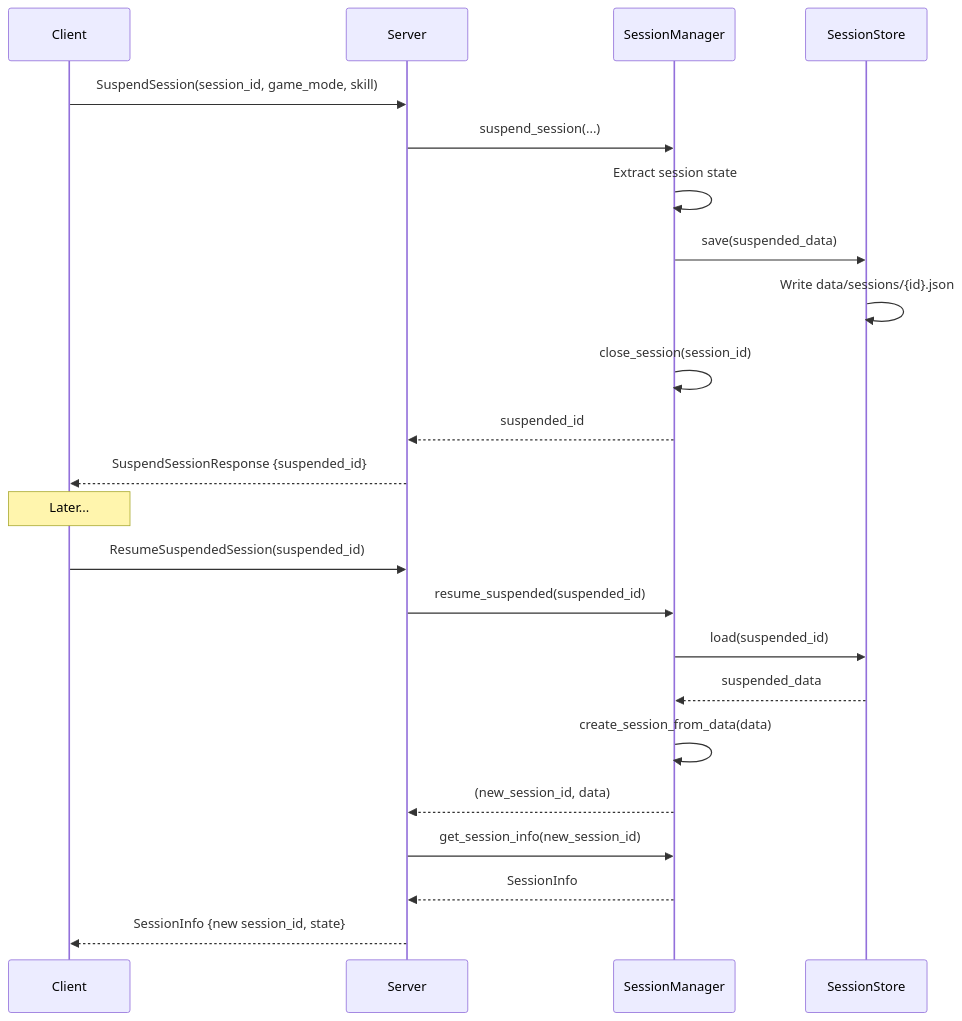
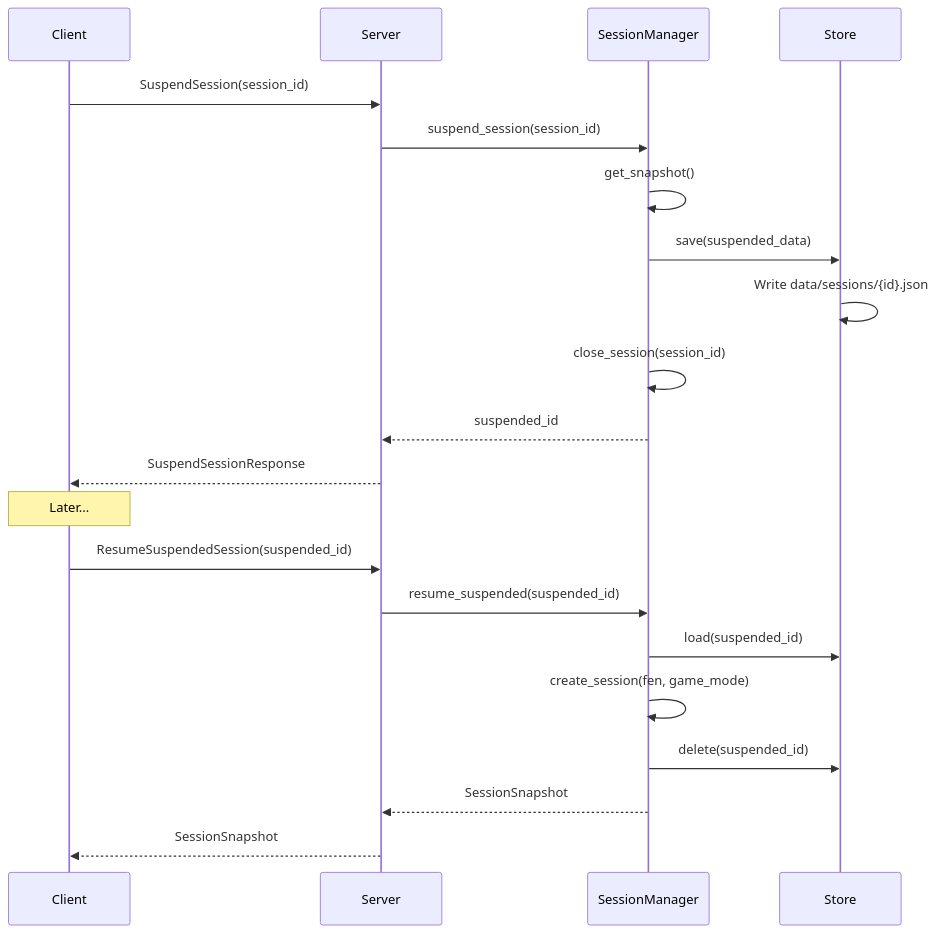
The third of 3 diagrams in proto/README.md (benediktms/chesstty), drawn with Mermaid before and after one commit. The commit also changed other lines of this file and 6 other files, not shown here.

````diff
--- a/proto/README.md
+++ b/proto/README.md
@@ -105,28 +183,26 @@
 ```mermaid
 sequenceDiagram
     participant Client
     participant Server
     participant SessionManager
-    participant SessionStore
+    participant Store
 
-    Client->>Server: SuspendSession(session_id, game_mode, skill)
-    Server->>SessionManager: suspend_session(...)
-    SessionManager->>SessionManager: Extract session state
-    SessionManager->>SessionStore: save(suspended_data)
-    SessionStore->>SessionStore: Write data/sessions/{id}.json
+    Client->>Server: SuspendSession(session_id)
+    Server->>SessionManager: suspend_session(session_id)
+    SessionManager->>SessionManager: get_snapshot()
+    SessionManager->>Store: save(suspended_data)
+    Store->>Store: Write data/sessions/{id}.json
     SessionManager->>SessionManager: close_session(session_id)
     SessionManager-->>Server: suspended_id
-    Server-->>Client: SuspendSessionResponse {suspended_id}
+    Server-->>Client: SuspendSessionResponse
 
     Note over Client: Later...
 
     Client->>Server: ResumeSuspendedSession(suspended_id)
     Server->>SessionManager: resume_suspended(suspended_id)
-    SessionManager->>SessionStore: load(suspended_id)
-    SessionStore-->>SessionManager: suspended_data
-    SessionManager->>SessionManager: create_session_from_data(data)
-    SessionManager-->>Server: (new_session_id, data)
-    Server->>SessionManager: get_session_info(new_session_id)
-    SessionManager-->>Server: SessionInfo
-    Server-->>Client: SessionInfo {new session_id, state}
+    SessionManager->>Store: load(suspended_id)
+    SessionManager->>SessionManager: create_session(fen, game_mode)
+    SessionManager->>Store: delete(suspended_id)
+    SessionManager-->>Server: SessionSnapshot
+    Server-->>Client: SessionSnapshot
 ```
````
